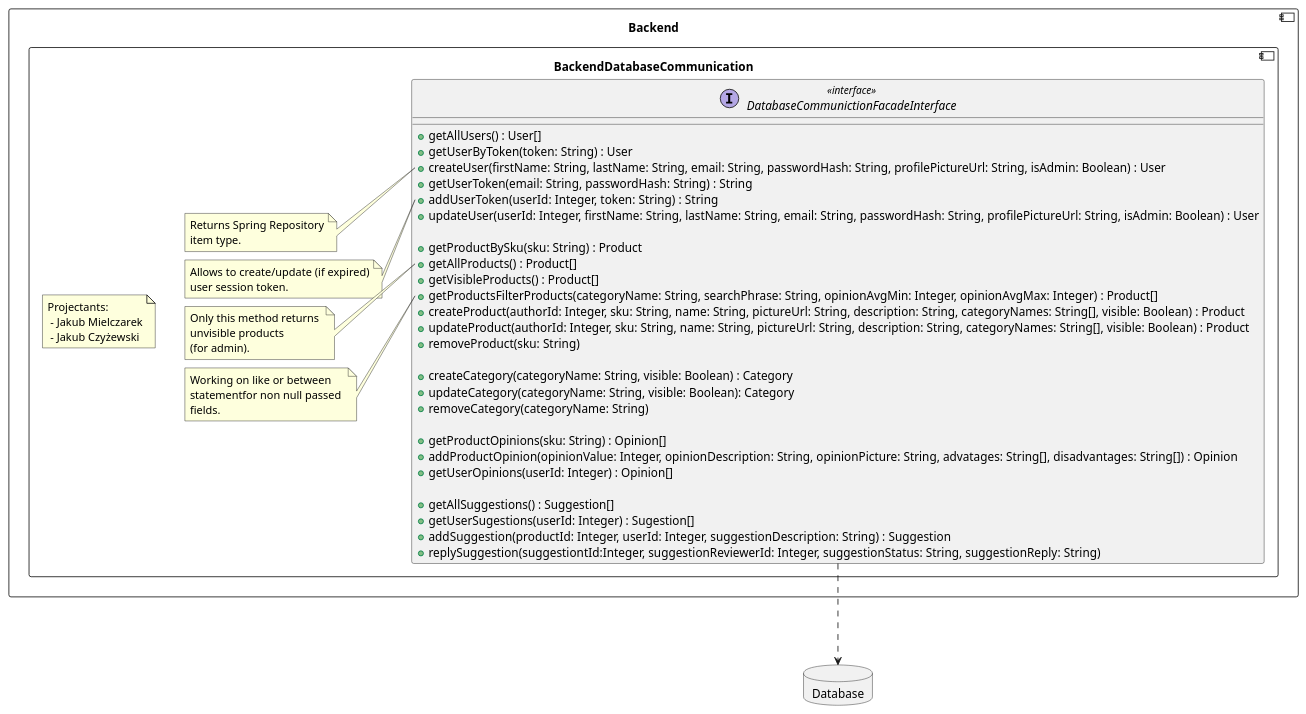
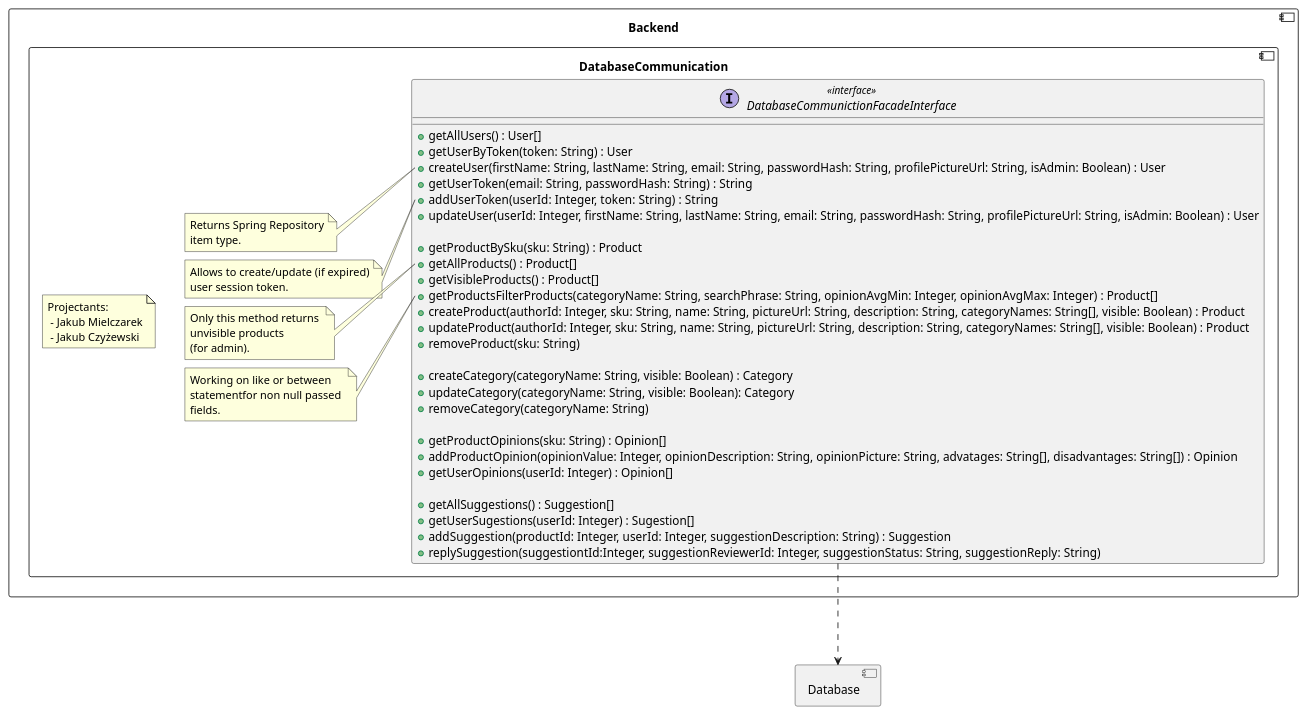
The diagram in backend/BackendDatabaseCommunication.md (RadekBucki/OpinionCollectorArchitecture), drawn with PlantUML before and after one commit. The commit also changed 8 other files, not shown here.

````diff
--- a/backend/BackendDatabaseCommunication.md
+++ b/backend/BackendDatabaseCommunication.md
@@ -3,69 +3,69 @@
 ```plantuml
 @startuml
 
-database Database {
+component Database {
 }
 component Backend {
-    component BackendDatabaseCommunication {
+    component DatabaseCommunication {
         note as Authors
             Projectants: 
              - Jakub Mielczarek
              - Jakub Czyżewski
         endnote
         interface DatabaseCommunictionFacadeInterface <<interface>> {
             + getAllUsers() : User[]
             + getUserByToken(token: String) : User
             + createUser(firstName: String, lastName: String, email: String, passwordHash: String, profilePictureUrl: String, isAdmin: Boolean) : User
             + getUserToken(email: String, passwordHash: String) : String
             + addUserToken(userId: Integer, token: String) : String
             + updateUser(userId: Integer, firstName: String, lastName: String, email: String, passwordHash: String, profilePictureUrl: String, isAdmin: Boolean) : User
         
             + getProductBySku(sku: String) : Product
             + getAllProducts() : Product[]
             + getVisibleProducts() : Product[]
             + getProductsFilterProducts(categoryName: String, searchPhrase: String, opinionAvgMin: Integer, opinionAvgMax: Integer) : Product[]
             + createProduct(authorId: Integer, sku: String, name: String, pictureUrl: String, description: String, categoryNames: String[], visible: Boolean) : Product
             + updateProduct(authorId: Integer, sku: String, name: String, pictureUrl: String, description: String, categoryNames: String[], visible: Boolean) : Product
             + removeProduct(sku: String)
 
             + createCategory(categoryName: String, visible: Boolean) : Category
             + updateCategory(categoryName: String, visible: Boolean): Category
             + removeCategory(categoryName: String)
             
             + getProductOpinions(sku: String) : Opinion[]
             + addProductOpinion(opinionValue: Integer, opinionDescription: String, opinionPicture: String, advatages: String[], disadvantages: String[]) : Opinion
             + getUserOpinions(userId: Integer) : Opinion[]
             
             + getAllSuggestions() : Suggestion[]
             + getUserSugestions(userId: Integer) : Sugestion[]
             + addSuggestion(productId: Integer, userId: Integer, suggestionDescription: String) : Suggestion
             + replySuggestion(suggestiontId:Integer, suggestionReviewerId: Integer, suggestionStatus: String, suggestionReply: String)
         }
         note left of DatabaseCommunictionFacadeInterface::createUser
             Returns Spring Repository
             item type.
         endnote
         
         note left of DatabaseCommunictionFacadeInterface::addUserToken
             Allows to create/update (if expired)
             user session token.
         endnote
         
         note left of DatabaseCommunictionFacadeInterface::getAllProducts
             Only this method returns 
             unvisible products
             (for admin).
         endnote
         
         note left of DatabaseCommunictionFacadeInterface::getProductsFilterProducts
             Working on like or between 
             statementfor non null passed 
             fields.
         endnote
     }
 }
 
 DatabaseCommunictionFacadeInterface ...> Database
 
 @enduml 
 ```
````
